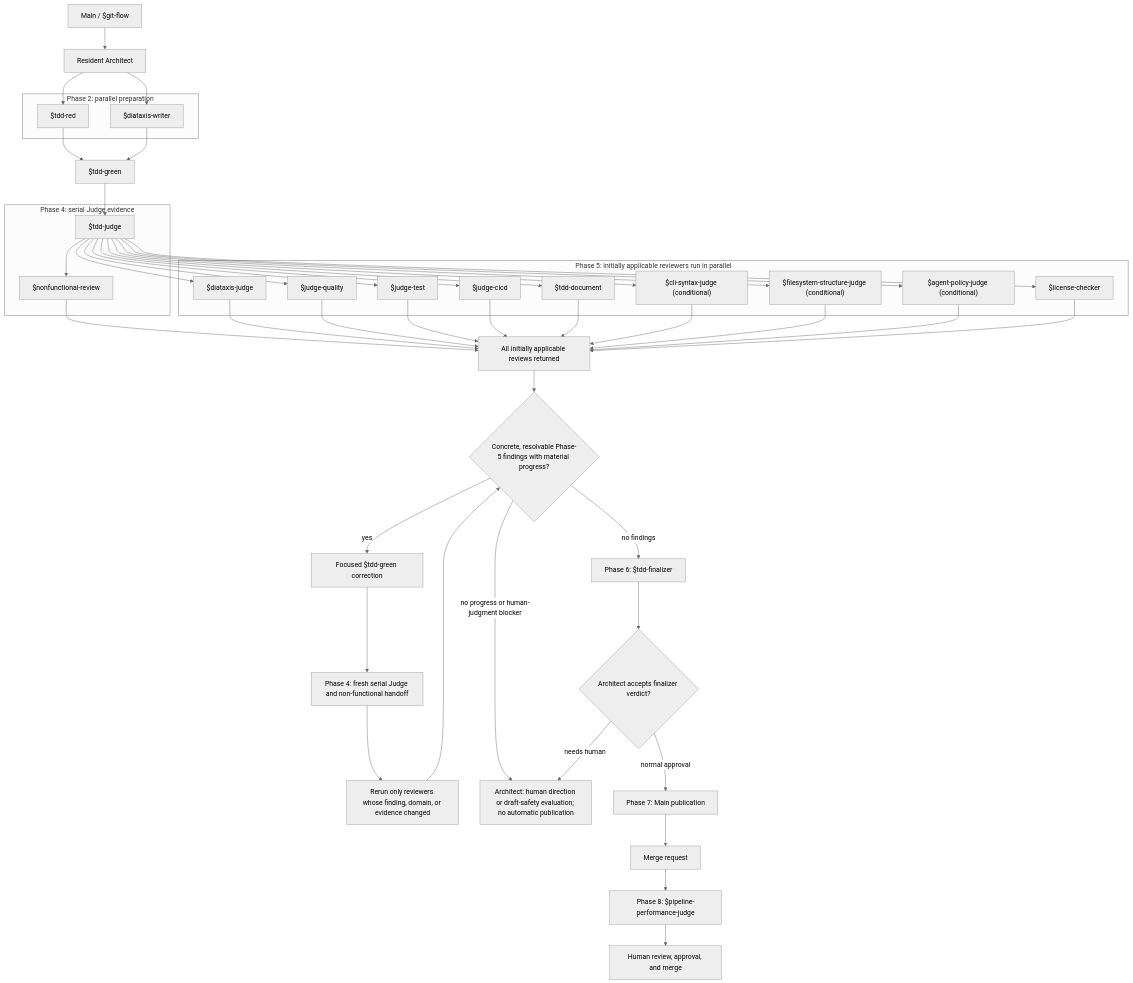
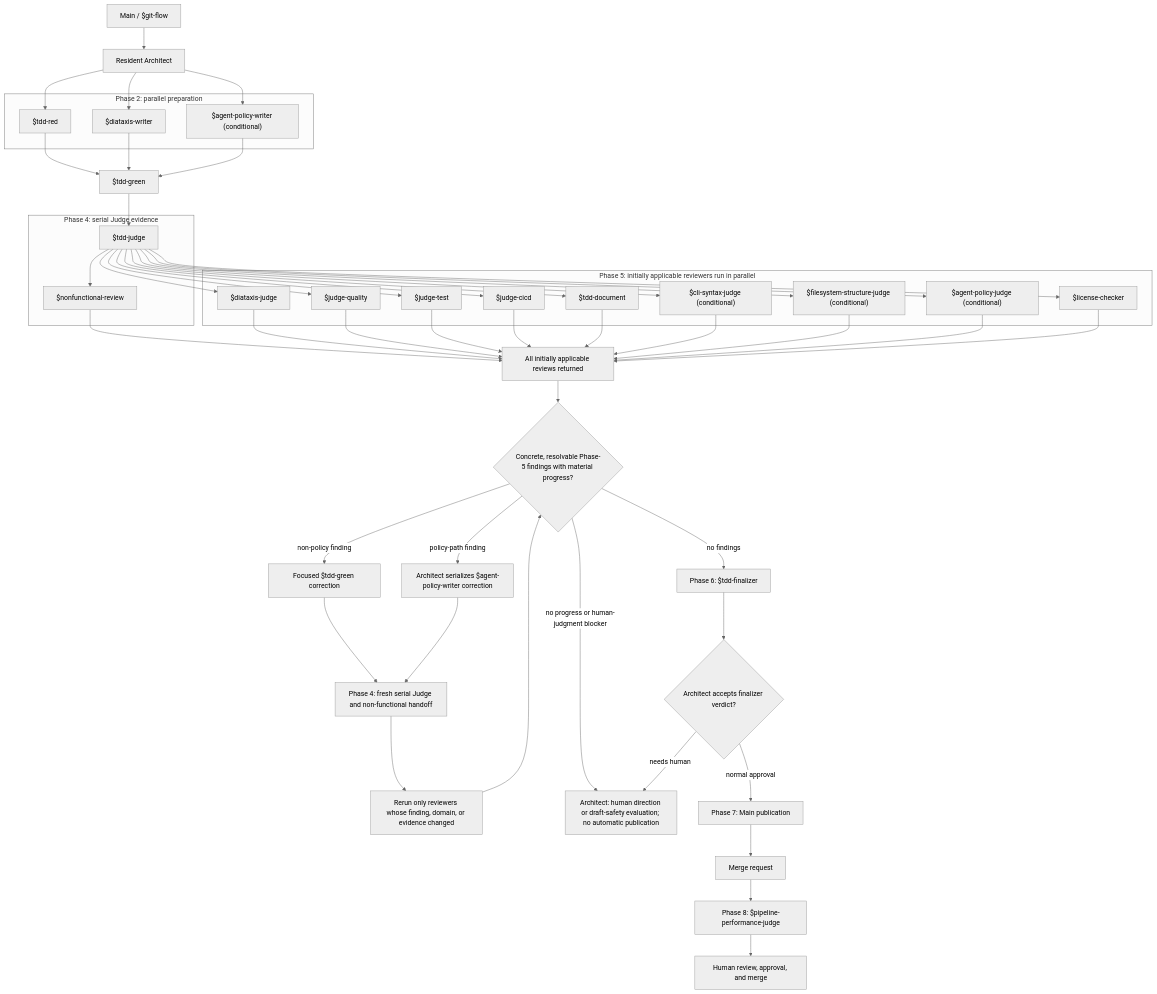
The first of 5 diagrams in template/docs/explanation/agentic-workflow.md (dfwguy/nvis-ova-agentic-copier), drawn with Mermaid (neutral theme) before and after one commit. The commit also changed other lines of this file and 35 other files, not shown here.

Commit message:
Separate agent-policy mutation ownership

````diff
--- a/template/docs/explanation/agentic-workflow.md
+++ b/template/docs/explanation/agentic-workflow.md
@@ -164,61 +168,66 @@
 ```mermaid
 flowchart TD
     main["Main / $git-flow"] --> architect["Resident Architect"]
     subgraph phase2["Phase 2: parallel preparation"]
         red["$tdd-red"]
         writer["$diataxis-writer"]
+        policywriter["$agent-policy-writer (conditional)"]
     end
     architect --> red
     architect --> writer
+    architect --> policywriter
     red --> green["$tdd-green"]
     writer --> green
+    policywriter --> green
     green --> judge["Phase 4: $tdd-judge (serial)"]
     subgraph phase4["Phase 4: serial Judge evidence"]
         judge["$tdd-judge"]
         nonfunctional["$nonfunctional-review"]
     end
     subgraph phase5["Phase 5: initially applicable reviewers run in parallel"]
         diataxis["$diataxis-judge"]
         quality["$judge-quality"]
         testjudge["$judge-test"]
         cicd["$judge-cicd"]
         readme["$tdd-document"]
         cli["$cli-syntax-judge (conditional)"]
         filesystem["$filesystem-structure-judge (conditional)"]
         policy["$agent-policy-judge (conditional)"]
         license["$license-checker"]
     end
     judge --> nonfunctional
     judge --> diataxis
     judge --> quality
     judge --> testjudge
     judge --> cicd
     judge --> readme
     judge --> cli
     judge --> filesystem
     judge --> policy
     judge --> license
     nonfunctional --> reviews["All initially applicable reviews returned"]
     diataxis --> reviews
     quality --> reviews
     testjudge --> reviews
     cicd --> reviews
     readme --> reviews
     cli --> reviews
     filesystem --> reviews
     policy --> reviews
     license --> reviews
     reviews --> phase5outcome{"Concrete, resolvable Phase-5 findings with material progress?"}
-    phase5outcome -- "yes" --> focusedgreen["Focused $tdd-green correction"]
+    phase5outcome -- "non-policy finding" --> focusedgreen["Focused $tdd-green correction"]
+    phase5outcome -- "policy-path finding" --> policycorrection["Architect serializes $agent-policy-writer correction"]
     focusedgreen --> correctionjudge["Phase 4: fresh serial Judge and non-functional handoff"]
+    policycorrection --> correctionjudge
     correctionjudge --> selective["Rerun only reviewers whose finding, domain, or evidence changed"]
     selective --> phase5outcome
     phase5outcome -- "no findings" --> finalizer["Phase 6: $tdd-finalizer"]
     phase5outcome -- "no progress or human-judgment blocker" --> humanstop["Architect: human direction or draft-safety evaluation; no automatic publication"]
     finalizer --> decision{"Architect accepts finalizer verdict?"}
     decision -- "normal approval" --> publish["Phase 7: Main publication"]
     decision -- "needs human" --> humanstop
     publish --> mr["Merge request"]
     mr --> pipeline["Phase 8: $pipeline-performance-judge"]
     pipeline --> human["Human review, approval, and merge"]
 ```
````
